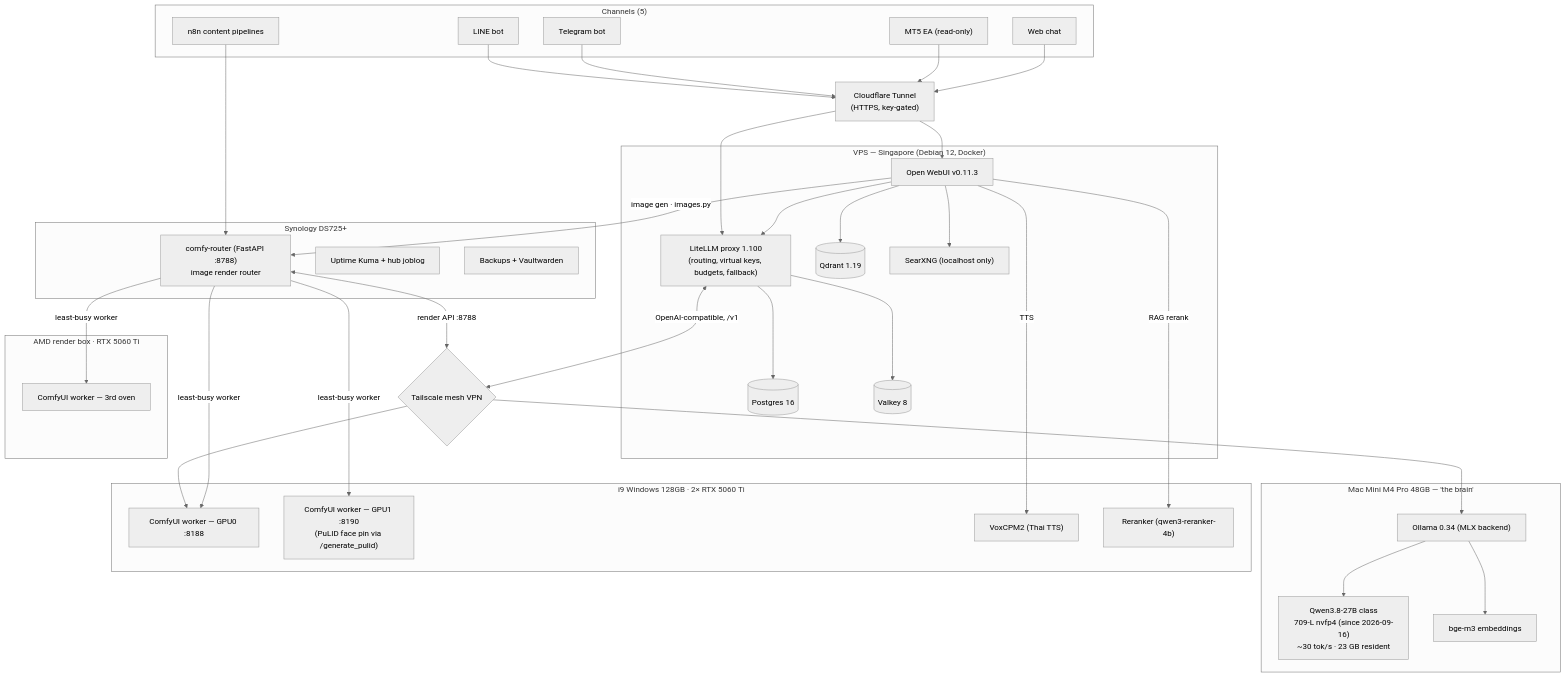
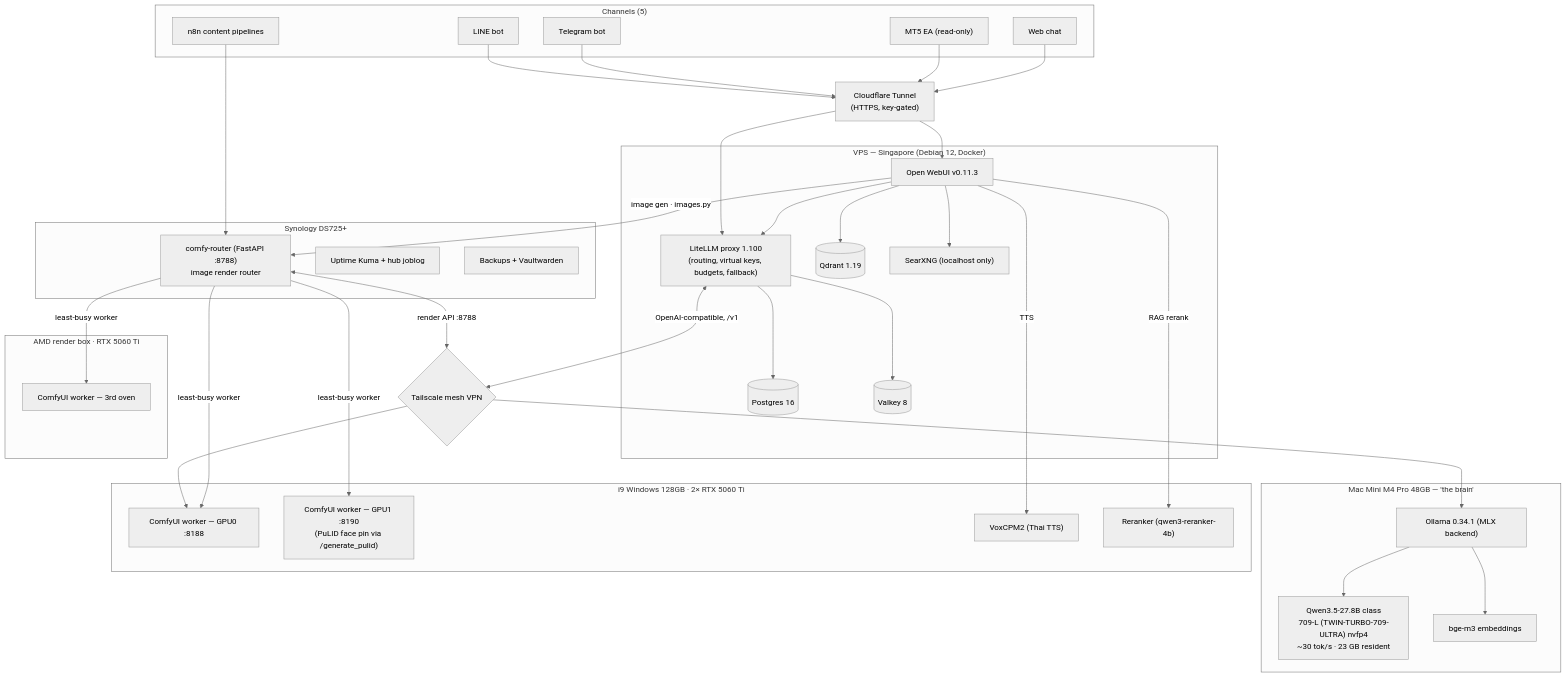
One commit to siamcafe/bomllm changed the diagram in README.md. Above: the diagram before and after it, drawn with Mermaid (neutral theme). The commit also changed other lines of this file and 1 other file, not shown here.

Commit message:
docs: update to 709-L model + Ollama 0.34.1 benchmark [ops-hub]

````diff
--- a/README.md
+++ b/README.md
@@ -23,63 +23,63 @@
 ```mermaid
 flowchart TB
     subgraph USERS["Channels (5)"]
         LINE["LINE bot"]
         TG["Telegram bot"]
         MT5["MT5 EA (read-only)"]
         WEB["Web chat"]
         N8NP["n8n content pipelines"]
     end
 
     CF["Cloudflare Tunnel<br/>(HTTPS, key-gated)"]
 
     subgraph VPS["VPS — Singapore (Debian 12, Docker)"]
         OW["Open WebUI v0.11.3"]
         LL["LiteLLM proxy 1.100<br/>(routing, virtual keys, budgets, fallback)"]
         PG[("Postgres 16")]
         QD[("Qdrant 1.19")]
         VY[("Valkey 8")]
         SX["SearXNG (localhost only)"]
     end
 
     TS{"Tailscale mesh VPN"}
 
     subgraph MAC["Mac Mini M4 Pro 48GB — 'the brain'"]
-        OL["Ollama 0.34 (MLX backend)"]
-        M1["Qwen3.8-27B class<br/>709-L nvfp4 (since 2026-09-16)<br/>~30 tok/s · 23 GB resident"]
+        OL["Ollama 0.34.1 (MLX backend)"]
+        M1["Qwen3.5-27.8B class<br/>709-L (TWIN-TURBO-709-ULTRA) nvfp4<br/>~30 tok/s · 23 GB resident"]
         EMB["bge-m3 embeddings"]
     end
 
     subgraph I9["i9 Windows 128GB · 2× RTX 5060 Ti"]
         CU0["ComfyUI worker — GPU0 :8188"]
         CU1["ComfyUI worker — GPU1 :8190<br/>(PuLID face pin via /generate_pulid)"]
         TTS["VoxCPM2 (Thai TTS)"]
         RR["Reranker (qwen3-reranker-4b)"]
     end
 
     subgraph AMD["AMD render box · RTX 5060 Ti"]
         CUA["ComfyUI worker — 3rd oven"]
     end
 
     subgraph NAS["Synology DS725+"]
         CR["comfy-router (FastAPI :8788)<br/>image render router"]
         MON["Uptime Kuma + hub joblog"]
         BAK["Backups + Vaultwarden"]
     end
 
     LINE & TG & MT5 & WEB --> CF
     N8NP --> CR
     CF --> OW & LL
     OW --> LL
     LL --> PG & VY
     OW --> SX
     OW --> QD
     LL <-->|"OpenAI-compatible, /v1"| TS
     CR <-->|"render API :8788"| TS
     TS --> OL
     TS --> CU0
     OL --> M1 & EMB
     OW -->|"image gen · images.py"| CR
     CR -->|"least-busy worker"| CU0 & CU1 & CUA
     OW -->|TTS| TTS
     OW -->|RAG rerank| RR
 ```
````
